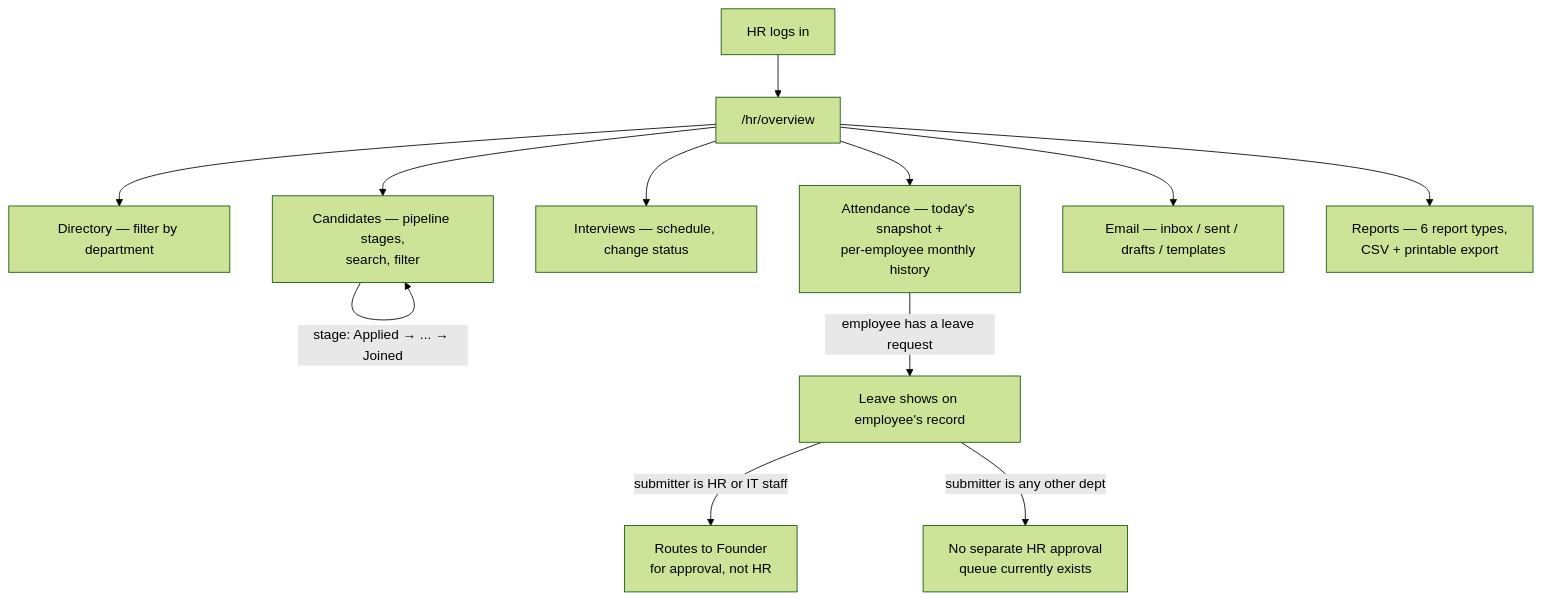
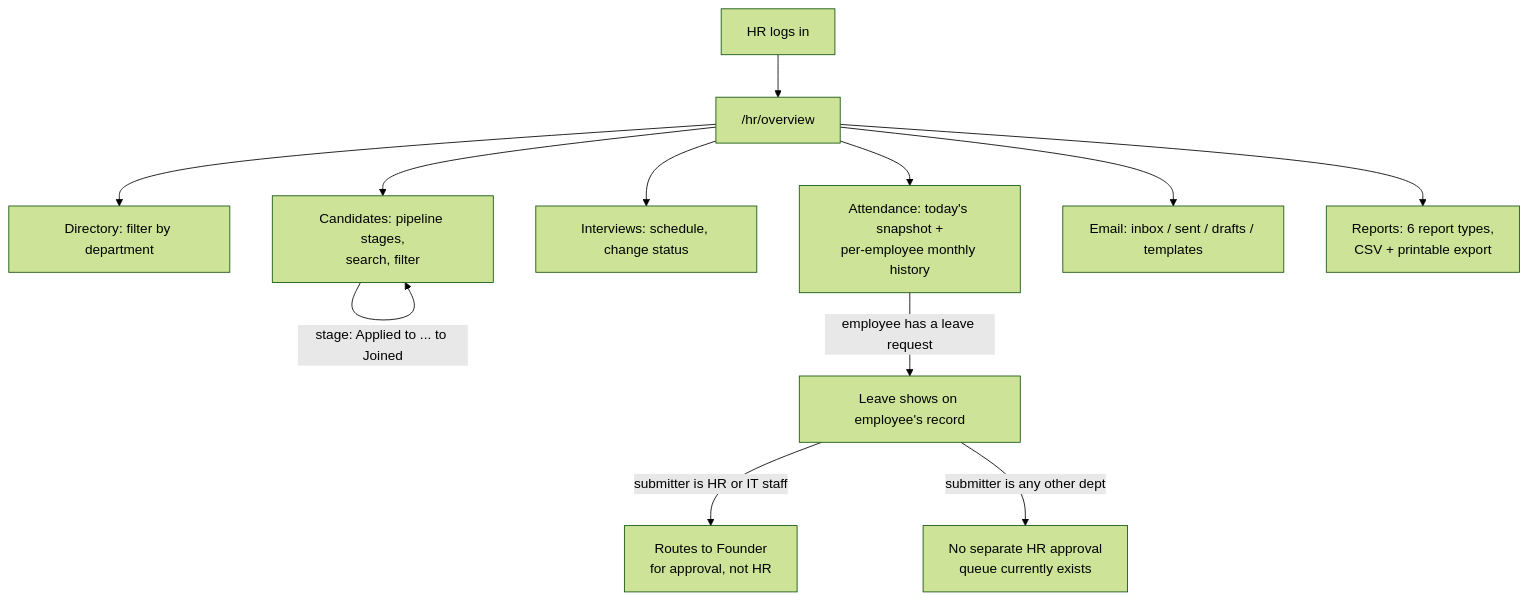
Before and after one commit to Fute-Services/Project-Ticket: the fifth of 8 diagrams in docs/USER_FLOW.md, drawn with Mermaid (forest theme). The commit also changed other lines of this file and 40 other files, not shown here.

````diff
--- a/docs/USER_FLOW.md
+++ b/docs/USER_FLOW.md
@@ -93,15 +95,15 @@
 ```mermaid
 flowchart TD
     L["HR logs in"] --> D["/hr/overview"]
-    D --> DIR["Directory — filter by department"]
-    D --> CAND["Candidates — pipeline stages,\nsearch, filter"]
-    D --> INT["Interviews — schedule, change status"]
-    D --> ATT["Attendance — today's snapshot +\nper-employee monthly history"]
-    D --> EM["Email — inbox / sent / drafts / templates"]
-    D --> REP["Reports — 6 report types,\nCSV + printable export"]
+    D --> DIR["Directory: filter by department"]
+    D --> CAND["Candidates: pipeline stages,\nsearch, filter"]
+    D --> INT["Interviews: schedule, change status"]
+    D --> ATT["Attendance: today's snapshot +\nper-employee monthly history"]
+    D --> EM["Email: inbox / sent / drafts / templates"]
+    D --> REP["Reports: 6 report types,\nCSV + printable export"]
 
-    CAND -->|"stage: Applied → ... → Joined"| CAND
+    CAND -->|"stage: Applied to ... to Joined"| CAND
     ATT -->|"employee has a leave request"| LEAVE["Leave shows on employee's record"]
     LEAVE -->|"submitter is HR or IT staff"| FOUNDER_APPROVAL["Routes to Founder\nfor approval, not HR"]
     LEAVE -->|"submitter is any other dept"| HR_NOTE["No separate HR approval\nqueue currently exists"]
 ```
````
